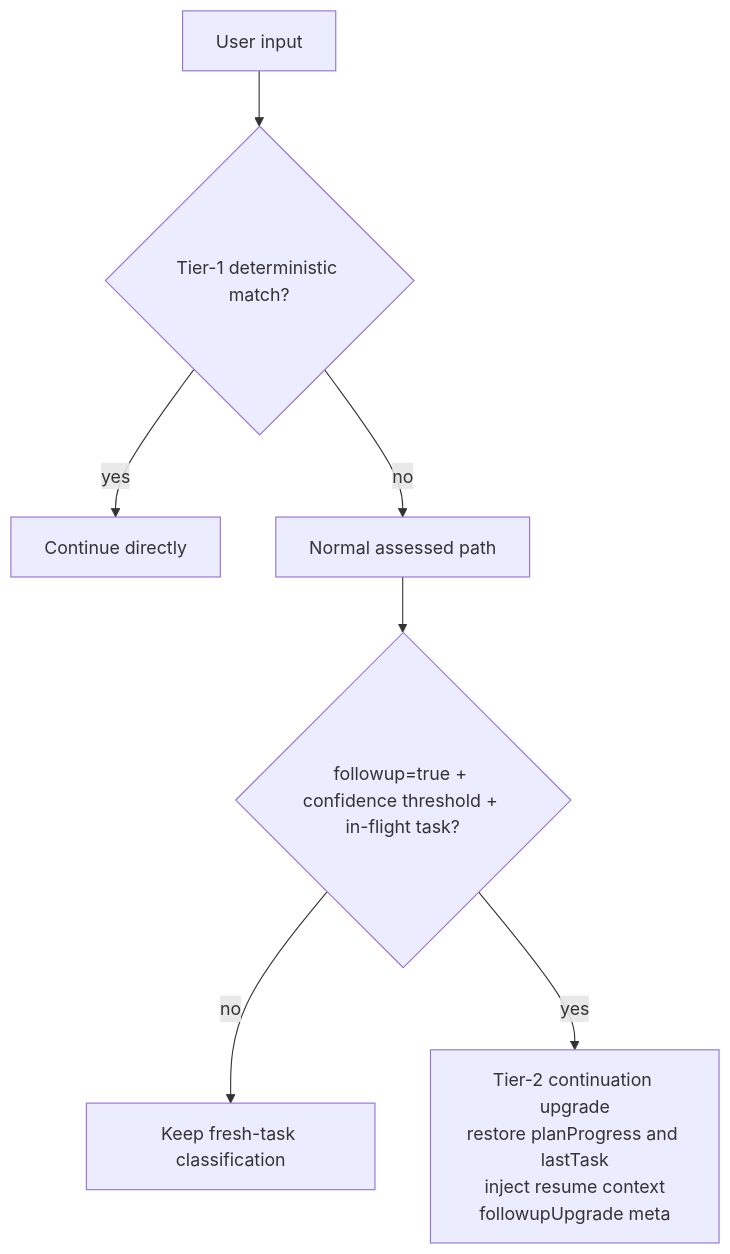
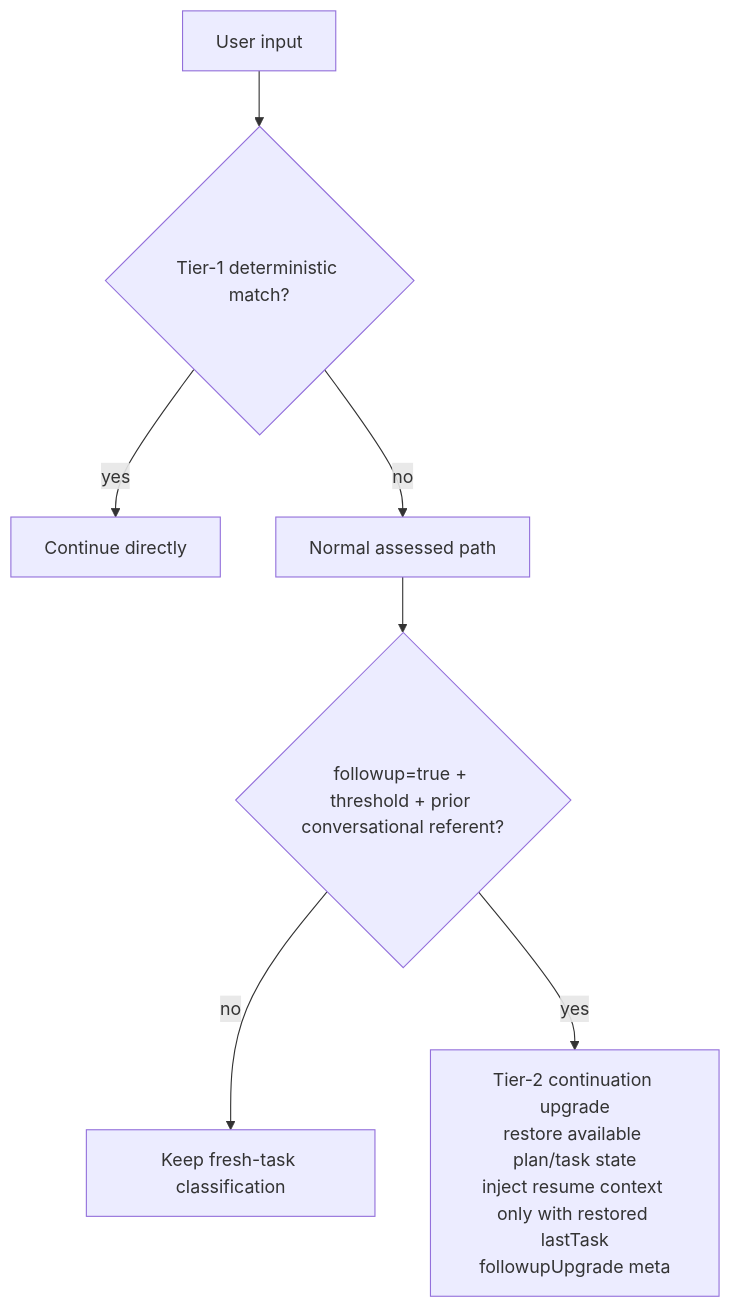
The diagram in docs/en/guides/planning-and-review.md (HaloTech-Co-Ltd/hk2), drawn with Mermaid before and after one commit. The commit also changed other lines of this file and 34 other files, not shown here.

````diff
--- a/docs/en/guides/planning-and-review.md
+++ b/docs/en/guides/planning-and-review.md
@@ -152,9 +142,9 @@
 ```mermaid
 flowchart TD
     U[User input] --> T1{Tier-1 deterministic match?}
     T1 -- yes --> C[Continue directly]
     T1 -- no --> A[Normal assessed path]
-    A --> V{followup=true + confidence threshold + in-flight task?}
+    A --> V{followup=true + threshold + prior conversational referent?}
     V -- no --> F[Keep fresh-task classification]
-    V -- yes --> UPGRADE[Tier-2 continuation upgrade<br/>restore planProgress and lastTask<br/>inject resume context<br/>followupUpgrade meta]
+    V -- yes --> UPGRADE[Tier-2 continuation upgrade<br/>restore available plan/task state<br/>inject resume context only with restored lastTask<br/>followupUpgrade meta]
 ```
````
